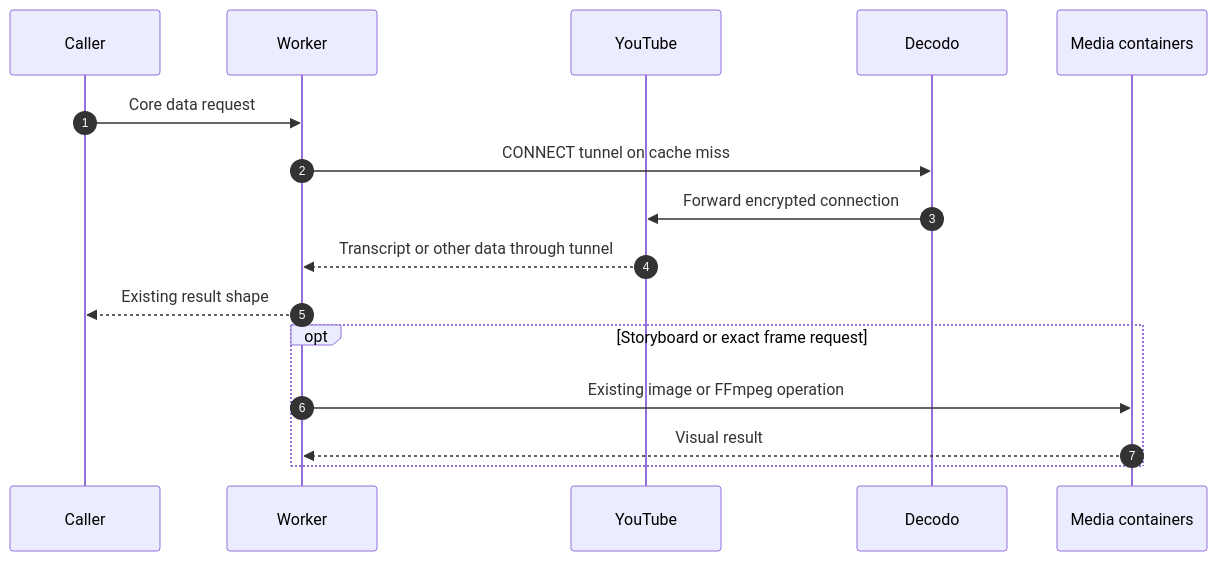
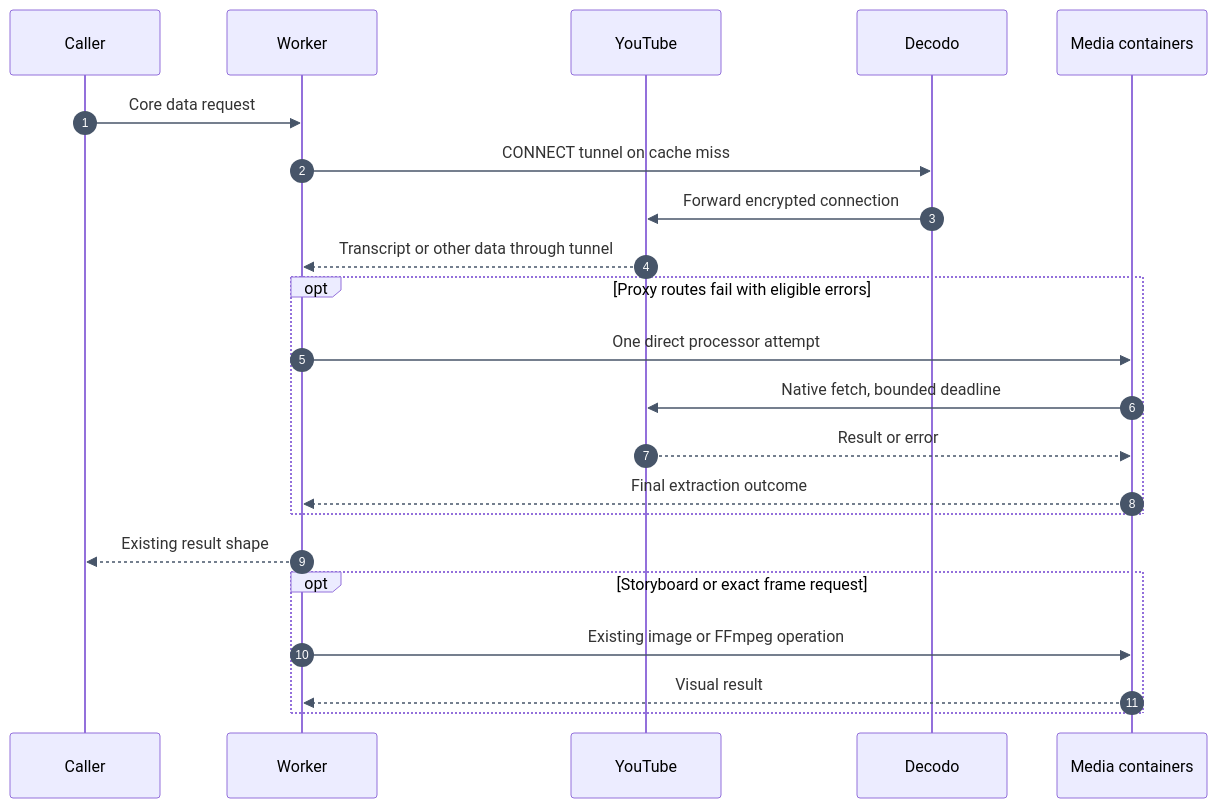
The diagram in reference/engineering/WORKER_EXTRACTION.md (devhims/video2ctx), drawn with Mermaid before and after one commit. The commit also changed other lines of this file and 7 other files, not shown here.

Commit message:
fix: try direct container extraction after proxy failures

````diff
--- a/reference/engineering/WORKER_EXTRACTION.md
+++ b/reference/engineering/WORKER_EXTRACTION.md
@@ -7,19 +7,25 @@
 ```mermaid
-%%{init: {'themeVariables': {'sequenceNumberColor': '#ffffff', 'activationBkgColor': '#334155', 'activationBorderColor': '#334155'}}}%%
+%%{init: {'themeVariables': {'sequenceNumberColor': '#ffffff', 'signalColor': '#475569', 'activationBkgColor': '#334155', 'activationBorderColor': '#334155'}}}%%
 sequenceDiagram
     autonumber
     participant Caller
     participant Worker
     participant YouTube
     participant Decodo
     participant Media as Media containers
     Caller->>Worker: Core data request
     Worker->>Decodo: CONNECT tunnel on cache miss
     Decodo->>YouTube: Forward encrypted connection
     YouTube-->>Worker: Transcript or other data through tunnel
+    opt Proxy routes fail with eligible errors
+        Worker->>Media: One direct processor attempt
+        Media->>YouTube: Native fetch, bounded deadline
+        YouTube-->>Media: Result or error
+        Media-->>Worker: Final extraction outcome
+    end
     Worker-->>Caller: Existing result shape
     opt Storyboard or exact frame request
         Worker->>Media: Existing image or FFmpeg operation
         Media-->>Worker: Visual result
     end
 ```
````
